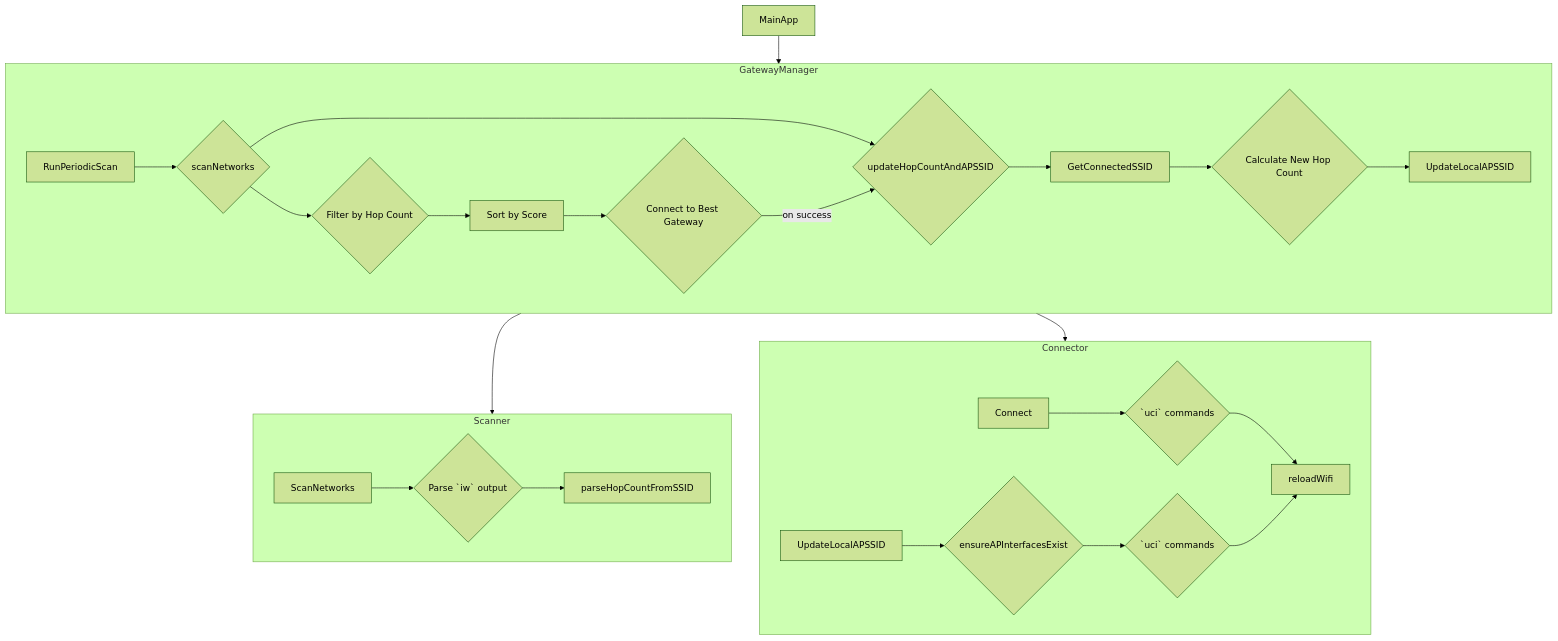
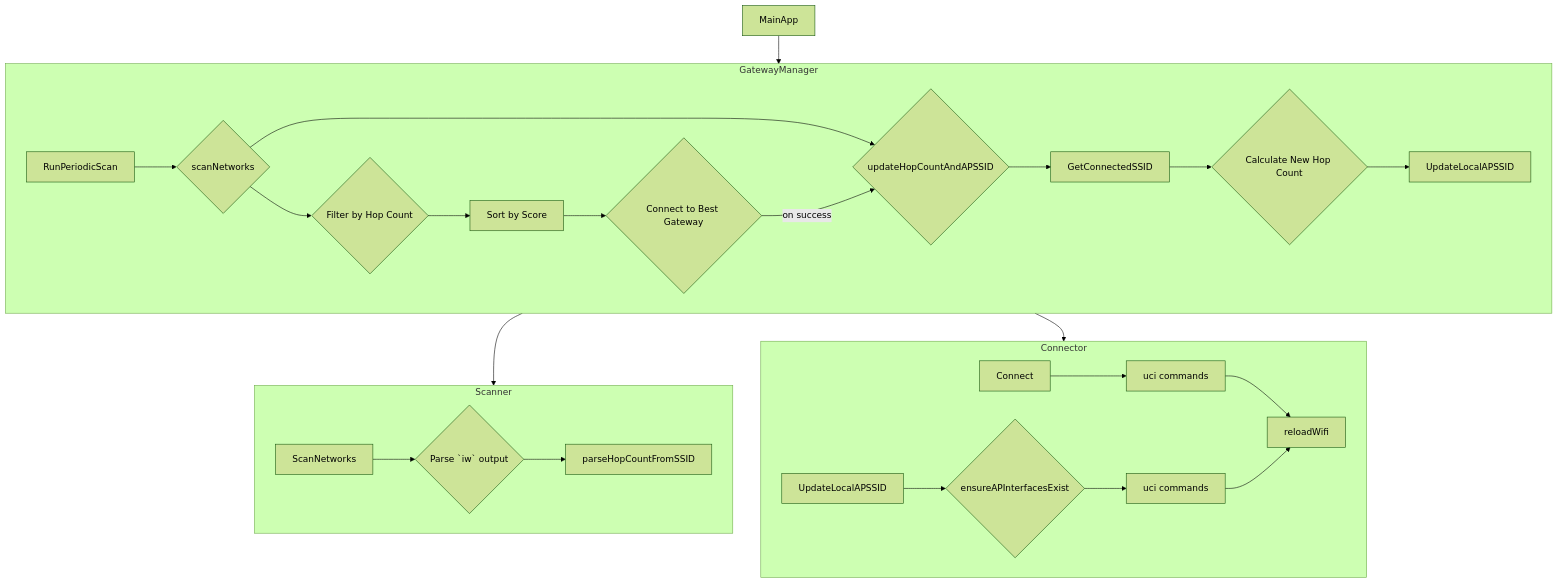
One commit to OpenTollGate/tollgate-module-basic-go changed the diagram in docs/refactoring/hopcount_analysis.md. Above: the diagram before and after it, drawn with Mermaid (forest theme). The commit also changed other lines of this file and 1 other file, not shown here.

Commit message:
fixed hopcount syntax

````diff
--- a/docs/refactoring/hopcount_analysis.md
+++ b/docs/refactoring/hopcount_analysis.md
@@ -21,34 +26,34 @@
 ```mermaid
 graph TD
-    subgraph GatewayManager
+    subgraph "GatewayManager"
         direction LR
-        A[RunPeriodicScan] --> B{scanNetworks};
-        B --> C{updateHopCountAndAPSSID};
-        C --> D[GetConnectedSSID];
-        D --> E{Calculate New Hop Count};
-        E --> F[UpdateLocalAPSSID];
-        B --> G{Filter by Hop Count};
-        G --> H[Sort by Score];
-        H --> I{Connect to Best Gateway};
-        I -- on success --> C;
+        A["RunPeriodicScan"] --> B{"scanNetworks"};
+        B --> C{"updateHopCountAndAPSSID"};
+        C --> D["GetConnectedSSID"];
+        D --> E{"Calculate New Hop Count"};
+        E --> F["UpdateLocalAPSSID"];
+        B --> G{"Filter by Hop Count"};
+        G --> H["Sort by Score"];
+        H --> I{"Connect to Best Gateway"};
+        I -- "on success" --> C;
     end
 
-    subgraph Scanner
+    subgraph "Scanner"
         direction LR
-        J[ScanNetworks] --> K{Parse `iw` output};
-        K --> L[parseHopCountFromSSID];
+        J["ScanNetworks"] --> K{"Parse `iw` output"};
+        K --> L["parseHopCountFromSSID"];
     end
 
-    subgraph Connector
+    subgraph "Connector"
         direction LR
-        M[Connect] --> N{`uci` commands};
-        N --> O[reloadWifi];
-        P[UpdateLocalAPSSID] --> Q{ensureAPInterfacesExist};
-        Q --> R{`uci` commands};
+        M["Connect"] --> N["uci commands"];
+        N --> O["reloadWifi"];
+        P["UpdateLocalAPSSID"] --> Q{"ensureAPInterfacesExist"};
+        Q --> R["uci commands"];
         R --> O;
     end
 
     MainApp --> GatewayManager;
     GatewayManager --> Scanner;
     GatewayManager --> Connector;
 ```
````
